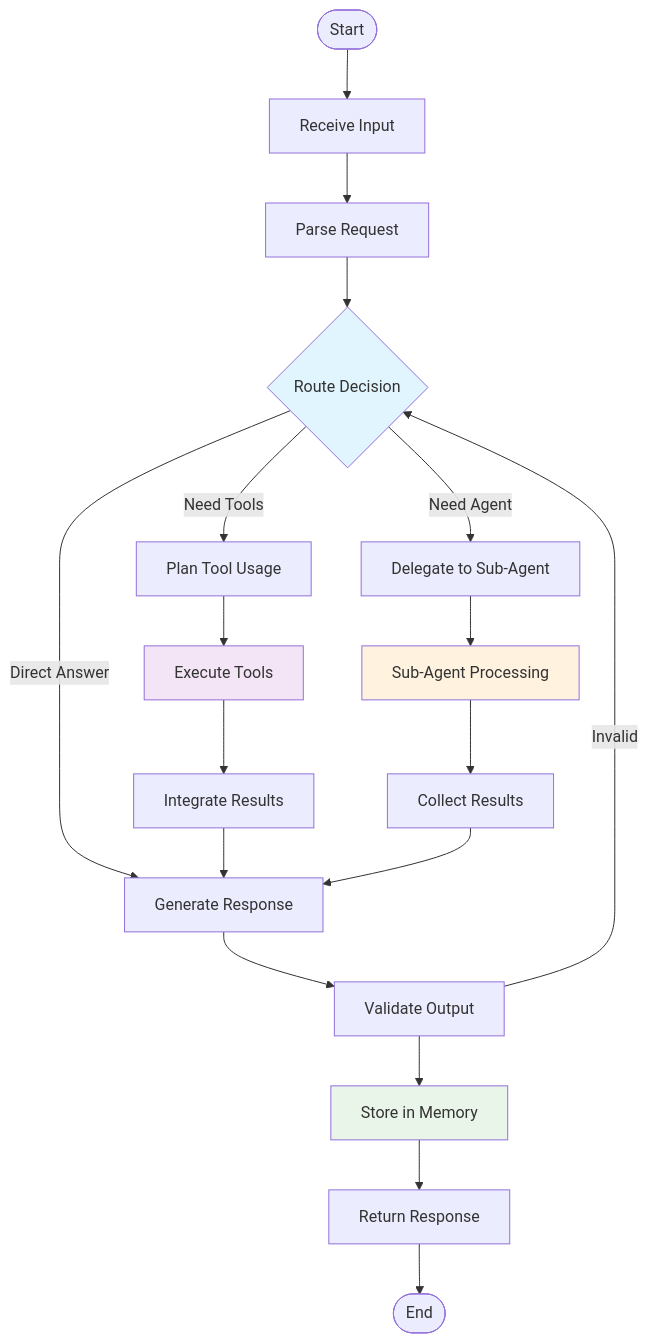
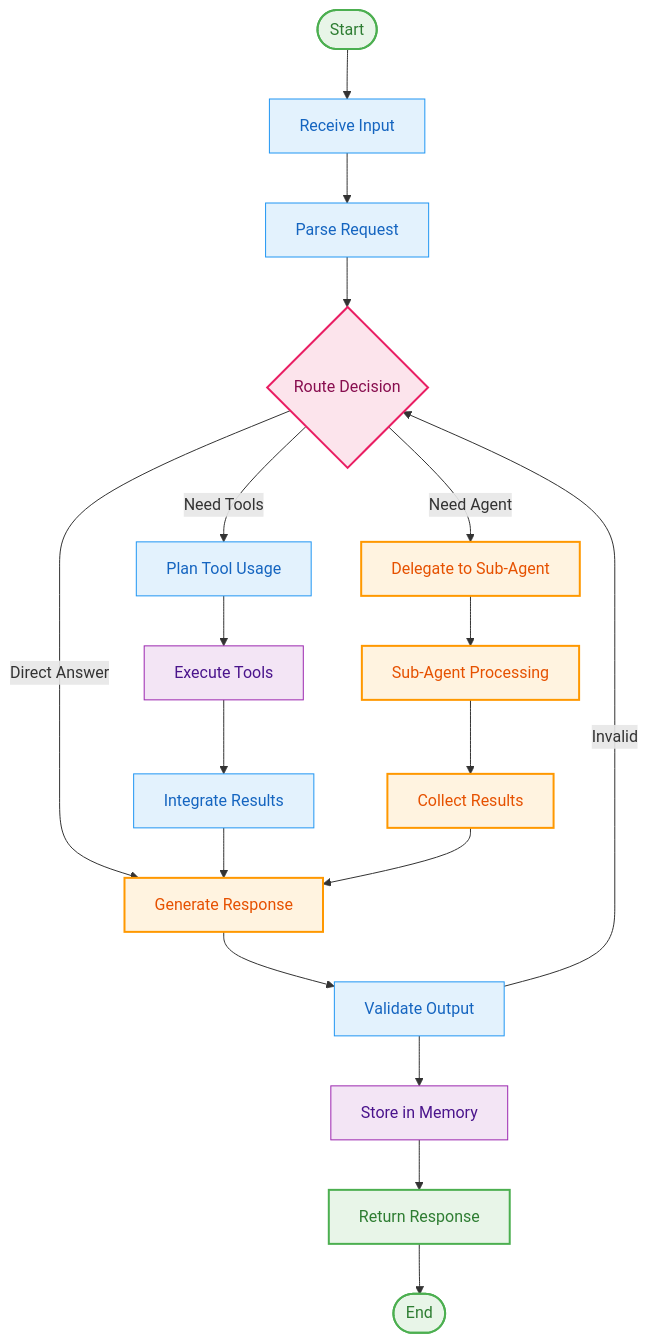
Before and after one commit to jupyter-naas/docs: the second of 3 diagrams in site/docs/scale/architecture/langgraph-foundation.md, drawn with Mermaid. The commit also changed other lines of this file and 4 other files, not shown here.

First line of the commit message:
feat: Implement consistent Mermaid styling across all architecture diagrams

````diff
--- a/site/docs/scale/architecture/langgraph-foundation.md
+++ b/site/docs/scale/architecture/langgraph-foundation.md
@@ -105,30 +115,37 @@
 ```mermaid
 graph TD
     START([Start]) --> INPUT[Receive Input]
     INPUT --> PARSE[Parse Request]
     PARSE --> ROUTE{Route Decision}
     
     ROUTE -->|Direct Answer| GENERATE[Generate Response]
     ROUTE -->|Need Tools| PLAN[Plan Tool Usage]
     ROUTE -->|Need Agent| DELEGATE[Delegate to Sub-Agent]
     
     PLAN --> EXECUTE[Execute Tools]
     EXECUTE --> INTEGRATE[Integrate Results]
     INTEGRATE --> GENERATE
     
     DELEGATE --> SUBAGENT[Sub-Agent Processing]
     SUBAGENT --> COLLECT[Collect Results]
     COLLECT --> GENERATE
     
     GENERATE --> VALIDATE[Validate Output]
     VALIDATE --> MEMORY[Store in Memory]
     MEMORY --> RESPONSE[Return Response]
     RESPONSE --> END([End])
     
     VALIDATE -->|Invalid| ROUTE
     
-    style ROUTE fill:#e1f5fe
-    style EXECUTE fill:#f3e5f5
-    style SUBAGENT fill:#fff3e0
-    style MEMORY fill:#e8f5e8
+    classDef userExp fill:#e8f5e8,stroke:#4caf50,stroke-width:2px,color:#2e7d32
+    classDef platform fill:#e3f2fd,stroke:#2196f3,stroke-width:1px,color:#1565c0
+    classDef aiEngine fill:#fff3e0,stroke:#ff9800,stroke-width:2px,color:#e65100
+    classDef dataLayer fill:#f3e5f5,stroke:#9c27b0,stroke-width:1px,color:#4a148c
+    classDef decision fill:#fce4ec,stroke:#e91e63,stroke-width:2px,color:#880e4f
+    
+    class START,END,RESPONSE userExp
+    class INPUT,PARSE,PLAN,INTEGRATE,VALIDATE platform
+    class ROUTE decision
+    class GENERATE,DELEGATE,SUBAGENT,COLLECT aiEngine
+    class EXECUTE,MEMORY dataLayer
 ```
````
